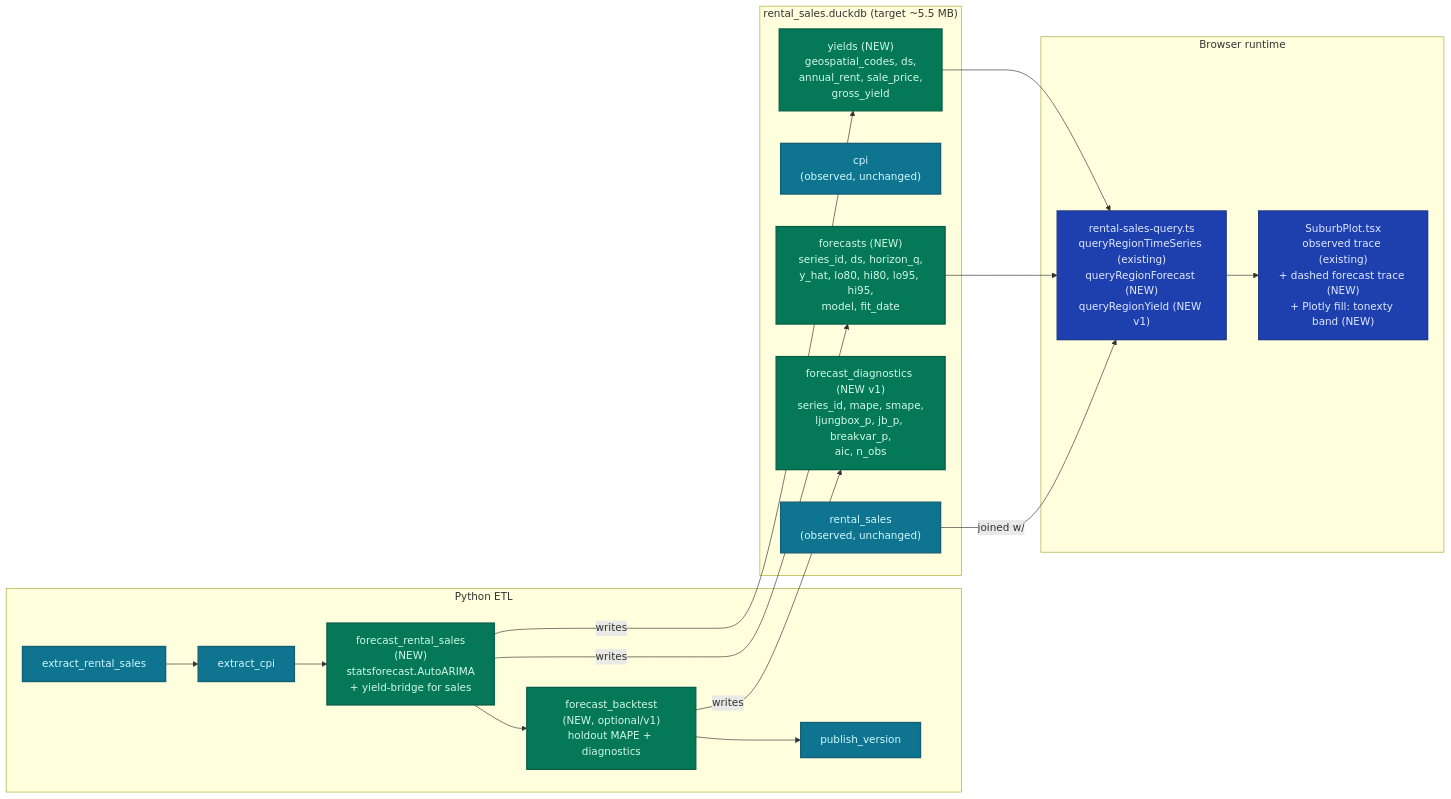
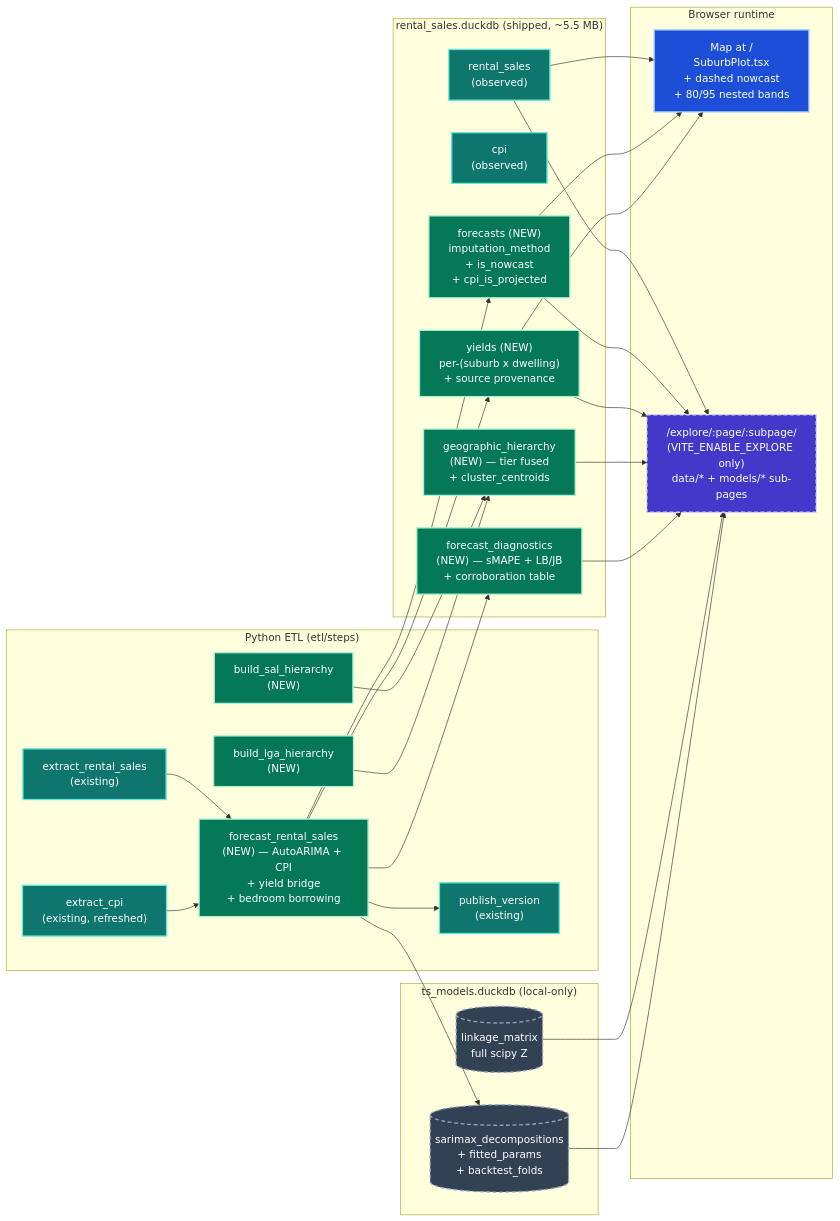
One commit to neozenith/hows-the-serenity changed the fifth of 8 diagrams in docs/specs/forecasts.md. Above: the diagram before and after it, drawn with Mermaid. The commit also changed other lines of this file and 10259 other files, not shown here.

First line of the commit message:
feat: SARIMAX forecasts + Explorer SPA + clustering + school-zone catchments

````diff
--- a/docs/specs/forecasts.md
+++ b/docs/specs/forecasts.md
@@ -168,36 +266,56 @@
 ```mermaid
 flowchart LR
-    subgraph etl["Python ETL"]
-        ext1["extract_rental_sales"]:::dsExist
-        ext2["extract_cpi"]:::dsExist
-        fc["forecast_rental_sales<br/>(NEW)<br/>statsforecast.AutoARIMA<br/>+ yield-bridge for sales"]:::dsNew
-        bt["forecast_backtest<br/>(NEW, optional/v1)<br/>holdout MAPE + diagnostics"]:::dsNew
-        pub["publish_version"]:::dsExist
+    subgraph etl["Python ETL (etl/steps)"]
+        ext1["extract_rental_sales<br/>(existing)"]:::dsExist
+        ext2["extract_cpi<br/>(existing, refreshed)"]:::dsExist
+        salH["build_sal_hierarchy<br/>(NEW)"]:::dsNew
+        lgaH["build_lga_hierarchy<br/>(NEW)"]:::dsNew
+        fc["forecast_rental_sales<br/>(NEW) — AutoARIMA + CPI<br/>+ yield bridge<br/>+ bedroom borrowing"]:::dsNew
+        pub["publish_version<br/>(existing)"]:::dsExist
     end
 
-    subgraph ddb["rental_sales.duckdb (target ~5.5 MB)"]
-        rs["rental_sales<br/>(observed, unchanged)"]:::dsExist
-        cpi["cpi<br/>(observed, unchanged)"]:::dsExist
-        fcT["forecasts (NEW)<br/>series_id, ds, horizon_q,<br/>y_hat, lo80, hi80, lo95, hi95,<br/>model, fit_date"]:::dsNew
-        diag["forecast_diagnostics (NEW v1)<br/>series_id, mape, smape,<br/>ljungbox_p, jb_p, breakvar_p,<br/>aic, n_obs"]:::dsNew
-        yld["yields (NEW)<br/>geospatial_codes, ds,<br/>annual_rent, sale_price,<br/>gross_yield"]:::dsNew
+    subgraph ddbProd["rental_sales.duckdb (shipped, ~5.5 MB)"]
+        rs["rental_sales<br/>(observed)"]:::dsExist
+        cpi["cpi<br/>(observed)"]:::dsExist
+        fcT["forecasts (NEW)<br/>imputation_method<br/>+ is_nowcast<br/>+ cpi_is_projected"]:::dsNew
+        yld["yields (NEW)<br/>per-(suburb x dwelling)<br/>+ source provenance"]:::dsNew
+        gh["geographic_hierarchy<br/>(NEW) — tier fused<br/>+ cluster_centroids"]:::dsNew
+        diag["forecast_diagnostics<br/>(NEW) — sMAPE + LB/JB<br/>+ corroboration table"]:::dsNew
+    end
+
+    subgraph ddbLocal["ts_models.duckdb (local-only)"]
+        linkM[("linkage_matrix<br/>full scipy Z")]:::dsLocal
+        decomp[("sarimax_decompositions<br/>+ fitted_params<br/>+ backtest_folds")]:::dsLocal
     end
 
     subgraph fe["Browser runtime"]
-        rsq["rental-sales-query.ts<br/>queryRegionTimeSeries (existing)<br/>queryRegionForecast (NEW)<br/>queryRegionYield (NEW v1)"]:::dsFE
-        plot["SuburbPlot.tsx<br/>observed trace (existing)<br/>+ dashed forecast trace (NEW)<br/>+ Plotly fill: tonexty band (NEW)"]:::dsFE
+        plot["Map at /<br/>SuburbPlot.tsx<br/>+ dashed nowcast<br/>+ 80/95 nested bands"]:::dsFE
+        exp["/explore/:page/:subpage/<br/>(VITE_ENABLE_EXPLORE only)<br/>data/* + models/* sub-pages"]:::dsFEExplore
     end
 
-    ext1 --> ext2 --> fc --> bt --> pub
-    fc -- writes --> fcT
-    fc -- writes --> yld
-    bt -- writes --> diag
-    rs -- joined w/ --> rsq
-    fcT --> rsq
-    yld --> rsq
-    rsq --> plot
+    ext1 --> fc
+    ext2 --> fc
+    salH --> gh
+    lgaH --> gh
+    fc --> fcT
+    fc --> yld
+    fc --> diag
+    fc --> decomp
+    fc --> pub
+    rs --> plot
+    fcT --> plot
+    yld --> plot
+    rs --> exp
+    fcT --> exp
+    yld --> exp
+    gh --> exp
+    diag --> exp
+    linkM --> exp
+    decomp --> exp
 
-    classDef dsExist fill:#0e7490,stroke:#155e75,color:#cffafe,stroke-width:2px
-    classDef dsNew   fill:#047857,stroke:#065f46,color:#d1fae5,stroke-width:2px
-    classDef dsFE    fill:#1e40af,stroke:#1e3a8a,color:#e0e7ff,stroke-width:2px
+    classDef dsExist     fill:#0f766e,stroke:#5eead4,color:#fff,stroke-width:2px
+    classDef dsNew       fill:#047857,stroke:#a7f3d0,color:#fff,stroke-width:2px
+    classDef dsLocal     fill:#334155,stroke:#94a3b8,color:#fff,stroke-width:2px,stroke-dasharray:6 4
+    classDef dsFE        fill:#1d4ed8,stroke:#93c5fd,color:#fff,stroke-width:2px
+    classDef dsFEExplore fill:#4338ca,stroke:#c7d2fe,color:#fff,stroke-width:2px,stroke-dasharray:6 4
 ```
````
